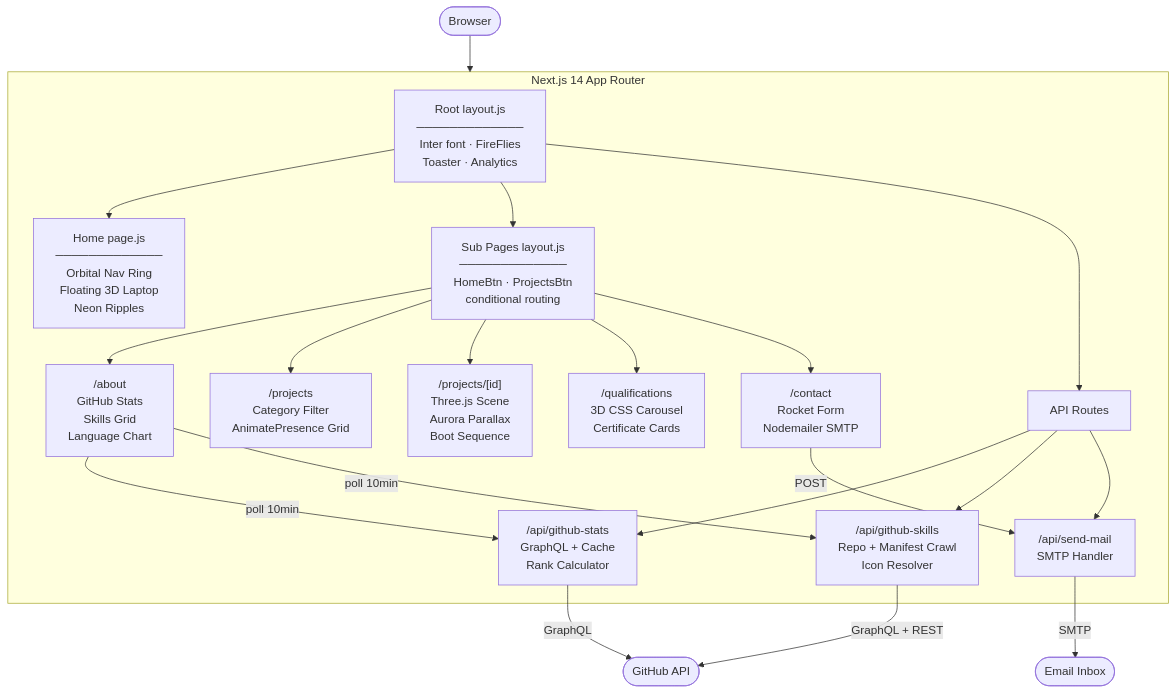
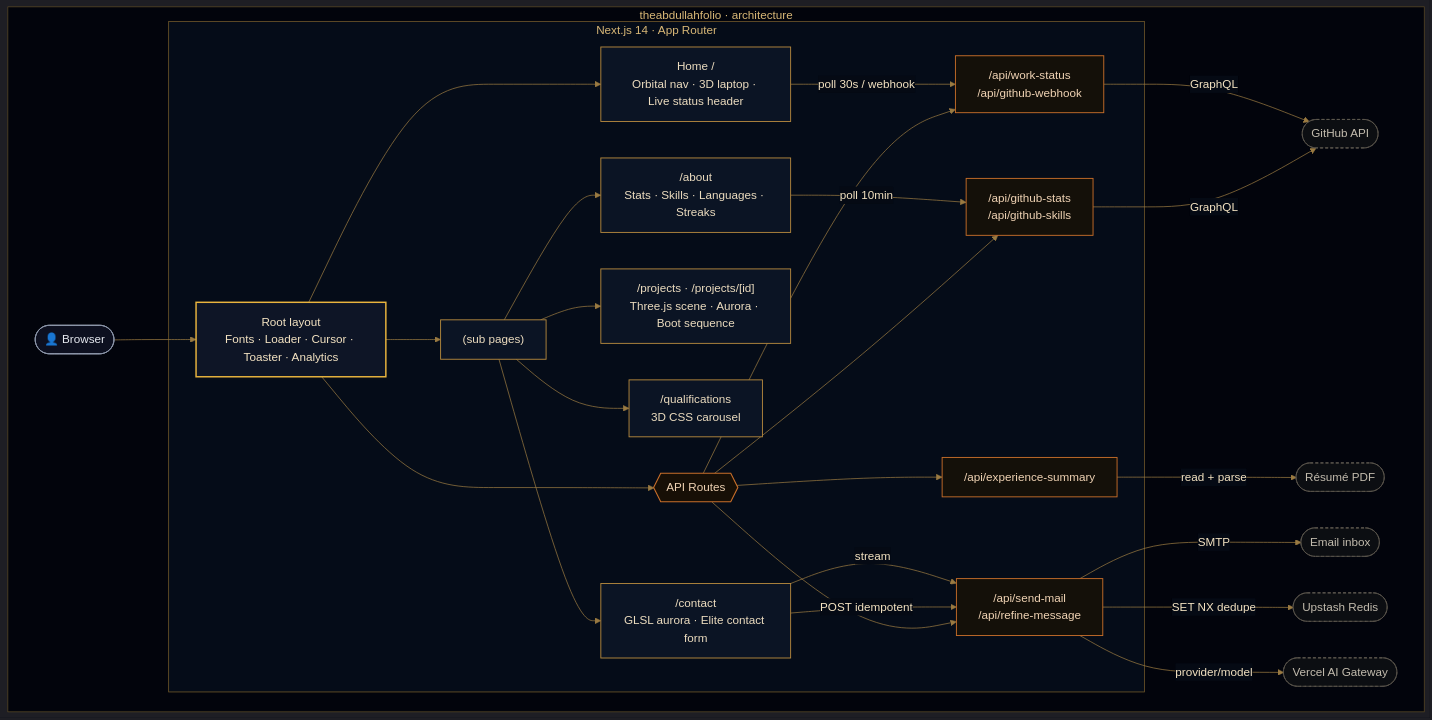
One commit to MA1002643/theabdullahfolio changed the diagram in README.md. Above: the diagram before and after it, drawn with Mermaid. The commit also changed other lines of this file and 2 other files, not shown here.

First line of the commit message:
feat: add animated title to StreakStatsCard for improved visual hierarchy

````diff
--- a/README.md
+++ b/README.md
@@ -135,30 +142,58 @@
 ```mermaid
+%%{init: {"theme":"dark","themeVariables":{"fontFamily":"ui-sans-serif, system-ui, -apple-system, Segoe UI, sans-serif","lineColor":"#9a7a42","edgeLabelBackground":"#050a14","tertiaryColor":"#050a14"}}}%%
 graph TD
-    Browser([Browser]) --> AppRouter
+    subgraph Sys[" theabdullahfolio · architecture "]
+        Browser(["👤 Browser"])
 
-    subgraph AppRouter["Next.js 14 App Router"]
-        Root["Root layout.js<br/>─────────────<br/>Inter font · FireFlies<br/>Toaster · Analytics"]
+        subgraph App[" Next.js 14 · App Router "]
+            Root["Root layout<br/>Fonts · Loader · Cursor · Toaster · Analytics"]
+            Root --> Home["Home /<br/>Orbital nav · 3D laptop · Live status header"]
+            Root --> Pages["(sub pages)"]
+            Pages --> About["/about<br/>Stats · Skills · Languages · Streaks"]
+            Pages --> Projects["/projects · /projects/[id]<br/>Three.js scene · Aurora · Boot sequence"]
+            Pages --> Quals["/qualifications<br/>3D CSS carousel"]
+            Pages --> Contact["/contact<br/>GLSL aurora · Elite contact form"]
 
-        Root --> Home["Home page.js<br/>─────────────<br/>Orbital Nav Ring<br/>Floating 3D Laptop<br/>Neon Ripples"]
+            Root --> API{{"API Routes"}}
+            API --> Stats["/api/github-stats<br/>/api/github-skills"]
+            API --> Exp["/api/experience-summary"]
+            API --> Work["/api/work-status<br/>/api/github-webhook"]
+            API --> Mail["/api/send-mail<br/>/api/refine-message"]
+        end
 
-        Root --> SubLayout["Sub Pages layout.js<br/>─────────────<br/>HomeBtn · ProjectsBtn<br/>conditional routing"]
+        GitHub([GitHub API])
+        PDF([Résumé PDF])
+        Inbox([Email inbox])
+        Redis([Upstash Redis])
+        Gateway([Vercel AI Gateway])
 
-        SubLayout --> About["/about<br/>GitHub Stats<br/>Skills Grid<br/>Language Chart"]
-        SubLayout --> Projects["/projects<br/>Category Filter<br/>AnimatePresence Grid"]
-        SubLayout --> ProjectDetail["/projects/[id]<br/>Three.js Scene<br/>Aurora Parallax<br/>Boot Sequence"]
-        SubLayout --> Qualifications["/qualifications<br/>3D CSS Carousel<br/>Certificate Cards"]
-        SubLayout --> Contact["/contact<br/>Rocket Form<br/>Nodemailer SMTP"]
-
-        Root --> API["API Routes"]
-        API --> GHStats["/api/github-stats<br/>GraphQL + Cache<br/>Rank Calculator"]
-        API --> GHSkills["/api/github-skills<br/>Repo + Manifest Crawl<br/>Icon Resolver"]
-        API --> SendMail["/api/send-mail<br/>SMTP Handler"]
+        Browser --> Root
+        About -->|poll 10min| Stats
+        Home -->|poll 30s / webhook| Work
+        Contact -->|POST idempotent| Mail
+        Contact -->|stream| Mail
+        Stats -->|GraphQL| GitHub
+        Work -->|GraphQL| GitHub
+        Exp -->|read + parse| PDF
+        Mail -->|SMTP| Inbox
+        Mail -->|SET NX dedupe| Redis
+        Mail -->|provider/model| Gateway
     end
 
-    About -- "poll 10min" --> GHStats
-    About -- "poll 10min" --> GHSkills
-    Contact -- "POST" --> SendMail
-    SendMail -- "SMTP" --> Email([Email Inbox])
-    GHStats -- "GraphQL" --> GitHub([GitHub API])
-    GHSkills -- "GraphQL + REST" --> GitHub
+    classDef client fill:#0d1020,stroke:#8f99ad,stroke-width:1.25px,color:#e6e9f0;
+    classDef root fill:#0e1526,stroke:#eab53e,stroke-width:2px,color:#f4e3c2;
+    classDef page fill:#0b1424,stroke:#b78a3e,stroke-width:1.25px,color:#ecdcbf;
+    classDef api fill:#141009,stroke:#c96f2a,stroke-width:1.25px,color:#f0d3b4;
+    classDef gateway fill:#170f06,stroke:#c96f2a,stroke-width:1.5px,color:#f0d3b4;
+    classDef ext fill:#0c0e12,stroke:#5f5a50,stroke-width:1px,color:#c3bcae,stroke-dasharray:4 3;
+
+    class Browser client;
+    class Root root;
+    class Home,Pages,About,Projects,Quals,Contact page;
+    class Stats,Exp,Work,Mail api;
+    class API gateway;
+    class GitHub,PDF,Inbox,Redis,Gateway ext;
+
+    style Sys fill:#02040c,stroke:#5c4a24,stroke-width:1px,color:#d9b877;
+    style App fill:#050c18,stroke:#7a5f2c,stroke-width:1px,color:#d9b877;
 ```
````
